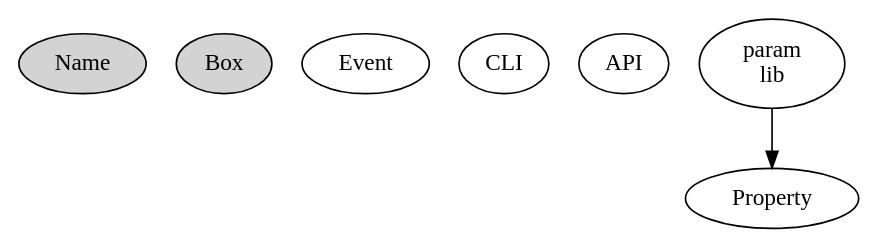
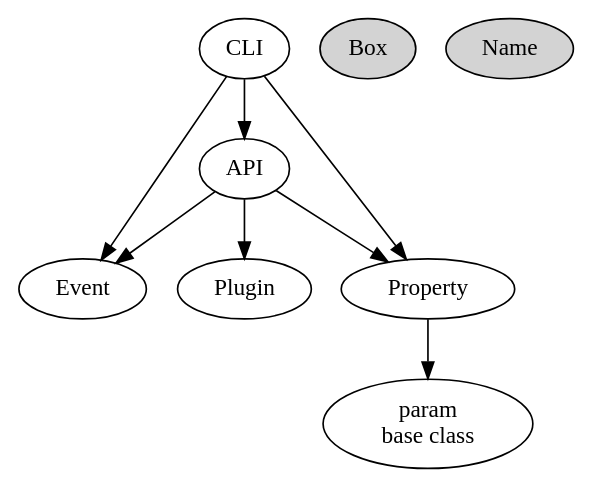
The diagram in lib/skylab/cull/doc/issues/003-list-of-things-we-want-to-cull.dot (hipe/tmx), drawn with Graphviz before and after one commit. The commit also changed 26 other files, not shown here.

```diff
--- a/lib/skylab/cull/doc/issues/003-list-of-things-we-want-to-cull.dot
+++ b/lib/skylab/cull/doc/issues/003-list-of-things-we-want-to-cull.dot
@@ -1,40 +1,52 @@
 digraph g {
 
 /*
 
 list of things we want to cull :[#003]
 
 most difficult-ish is at top
+
+  + API
+
+  + plugin libs?
 
   + there are numerous CLI libs
 
   + there are at least 3 ways to do API
 
   + there are quite numerous param libs
     + there are numerous param base classes
 
   + there are numerous event base classes
 
-  + plugin libs?
-
   + there are numerous CLI table libs (hubbed at [#fa-002])
 
   + IO select: [#fa-003] and [#hl-048]
 
 
   + there WERE two name libs
   + there WERE at least 3 box libs
 */
 
+
+  API
+  Box [style=filled]
+  CLI
+  Event
   Name [style=filled]
-  Box [style=filled]
-  Event
-  CLI
-  API
+  Param [ label="param\nbase class" ]
+  Plugin
   Property
-  Param [ label="param\nlib" ]
-  Param -> Property
+
+
+  API -> Event
+  API -> Plugin
+  API -> Property
+  CLI -> API
+  CLI -> Event
+  CLI -> Property
+  Property-> Param
 
   /* that one color of blue: fillcolor="#b5d5fb" */
 
 }
```
